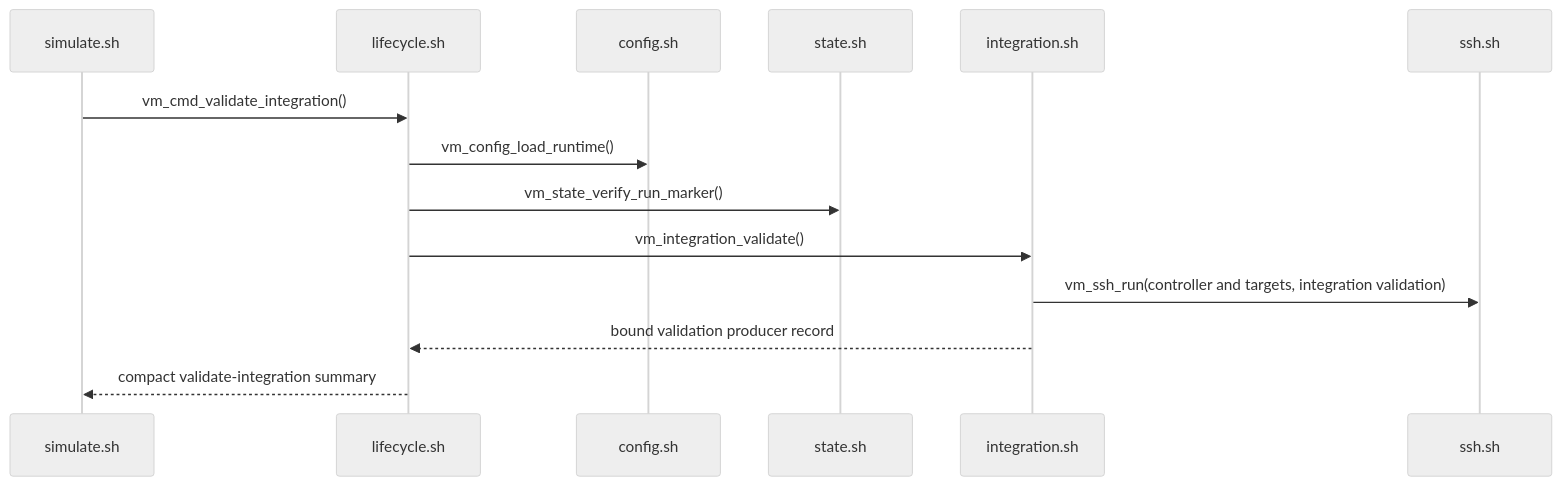
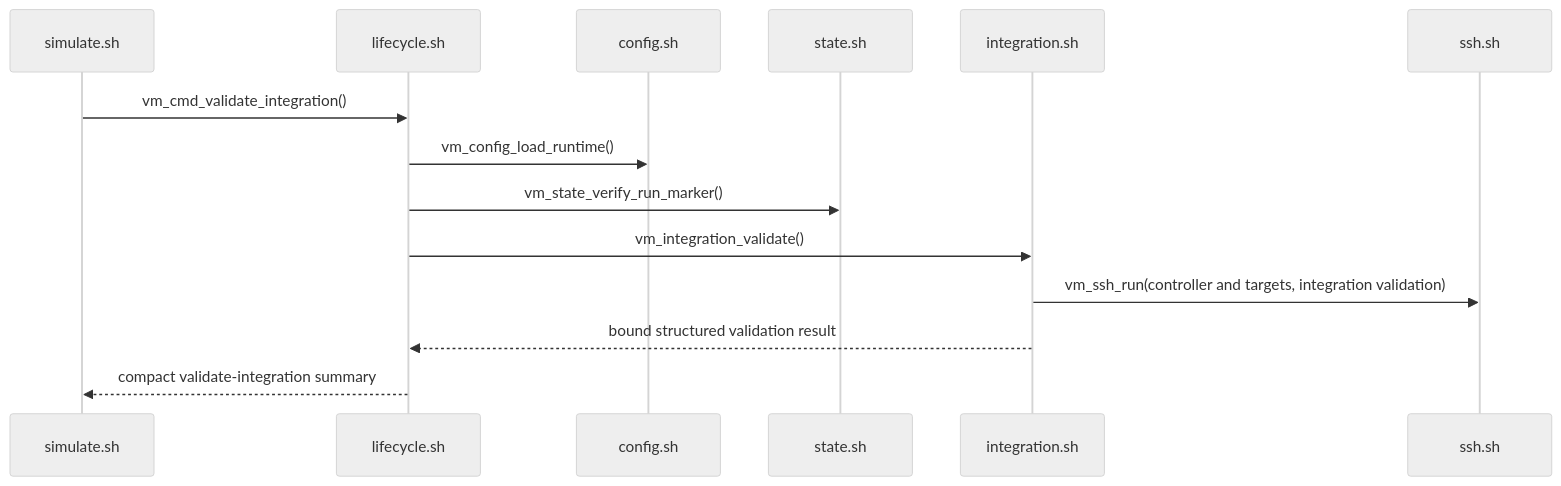
Diagram 12 of 20 in simulation/docs/vm/command-sequences.md (NoNine/loopforge), drawn with Mermaid (neutral theme) before and after one commit. The commit also changed other lines of this file and 39 other files, not shown here.

````diff
--- a/simulation/docs/vm/command-sequences.md
+++ b/simulation/docs/vm/command-sequences.md
@@ -258,17 +258,17 @@
 ```mermaid
 sequenceDiagram
   participant CLI as simulate.sh
   participant LC as lifecycle.sh
   participant CFG as config.sh
   participant ST as state.sh
   participant INT as integration.sh
   participant SSH as ssh.sh
 
   CLI->>LC: vm_cmd_validate_integration()
   LC->>CFG: vm_config_load_runtime()
   LC->>ST: vm_state_verify_run_marker()
   LC->>INT: vm_integration_validate()
   INT->>SSH: vm_ssh_run(controller and targets, integration validation)
-  INT-->>LC: bound validation producer record
+  INT-->>LC: bound structured validation result
   LC-->>CLI: compact validate-integration summary
 ```
````
